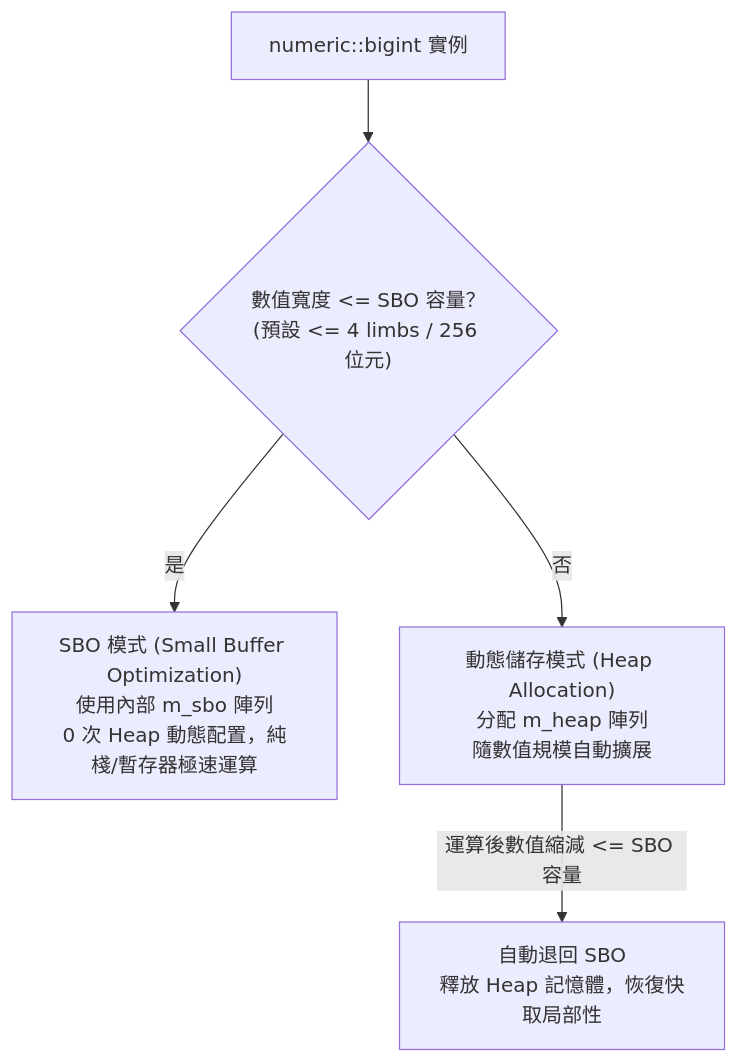
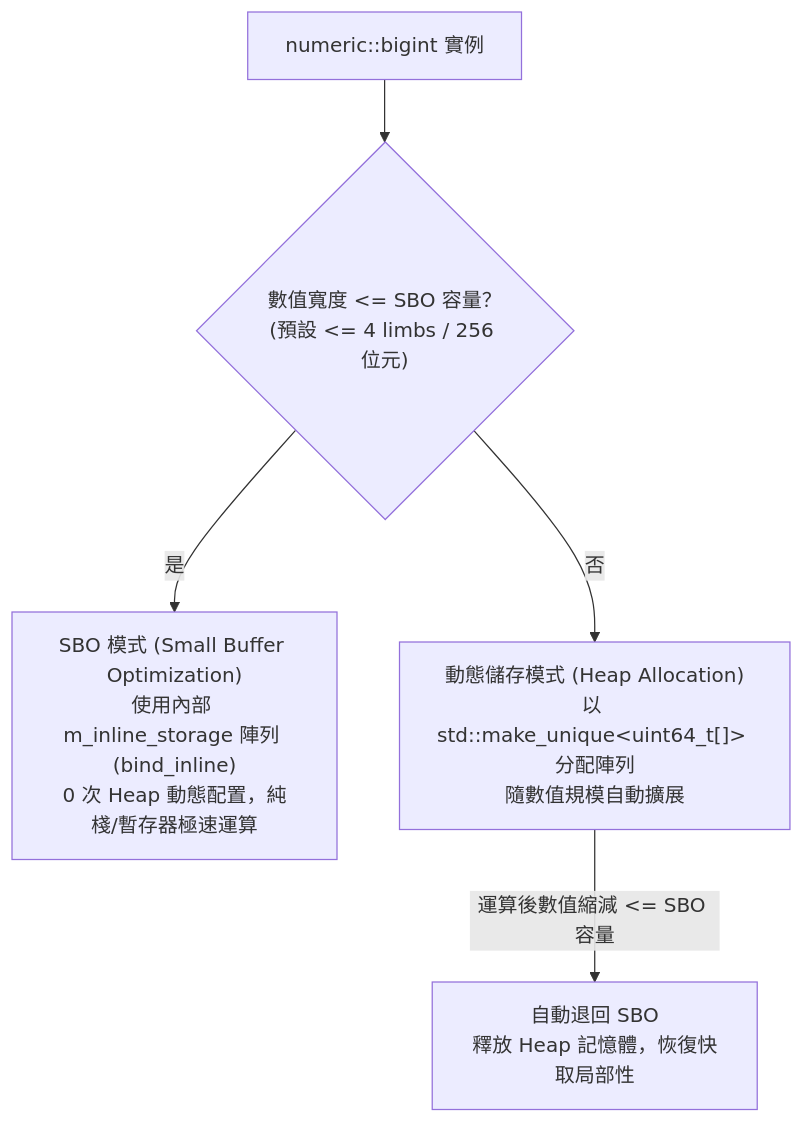
One commit to willy050209/CPP-BigInt changed the diagram in docs/bigint/index.md. Above: the diagram before and after it, drawn with Mermaid. The commit also changed other lines of this file and 14 other files, not shown here.

````diff
--- a/docs/bigint/index.md
+++ b/docs/bigint/index.md
@@ -55,7 +68,7 @@
 ```mermaid
 flowchart TD
     A["numeric::bigint 實例"] --> B{"數值寬度 <= SBO 容量？<br>(預設 <= 4 limbs / 256 位元)"}
-    B -- 是 --> C["SBO 模式 (Small Buffer Optimization)<br>使用內部 m_sbo 陣列<br>0 次 Heap 動態配置，純棧/暫存器極速運算"]
-    B -- 否 --> D["動態儲存模式 (Heap Allocation)<br>分配 m_heap 陣列<br>隨數值規模自動擴展"]
+    B -- 是 --> C["SBO 模式 (Small Buffer Optimization)<br>使用內部 m_inline_storage 陣列 (bind_inline)<br>0 次 Heap 動態配置，純棧/暫存器極速運算"]
+    B -- 否 --> D["動態儲存模式 (Heap Allocation)<br>以 std::make_unique&lt;uint64_t[]&gt; 分配陣列<br>隨數值規模自動擴展"]
     D -- 運算後數值縮減 <= SBO 容量 --> E["自動退回 SBO<br>釋放 Heap 記憶體，恢復快取局部性"]
 ```
````
